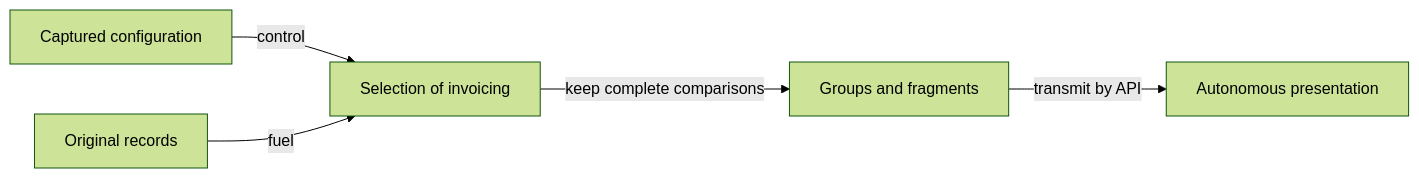
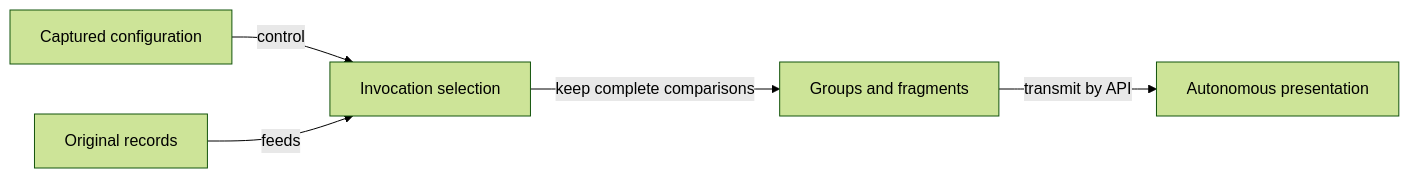
The first of 2 diagrams in docs/reporting/ATF_Presentation.md (crististefanita/atf_j4), drawn with Mermaid (forest theme) before and after one commit. The commit also changed other lines of this file and 84 other files, not shown here.

````diff
--- a/docs/reporting/ATF_Presentation.md
+++ b/docs/reporting/ATF_Presentation.md
@@ -19,7 +19,7 @@
 ```mermaid
 flowchart LR
-    CONFIG[Captured configuration] -->|control| SELECT[Selection of invoicing]
-    INPUT[Original records] -->|fuel| SELECT
+    CONFIG[Captured configuration] -->|control| SELECT[Invocation selection]
+    INPUT[Original records] -->|feeds| SELECT
     SELECT -->|keep complete comparisons| GROUP[Groups and fragments]
     GROUP -->|transmit by API| HTML[Autonomous presentation]
 ```
````
